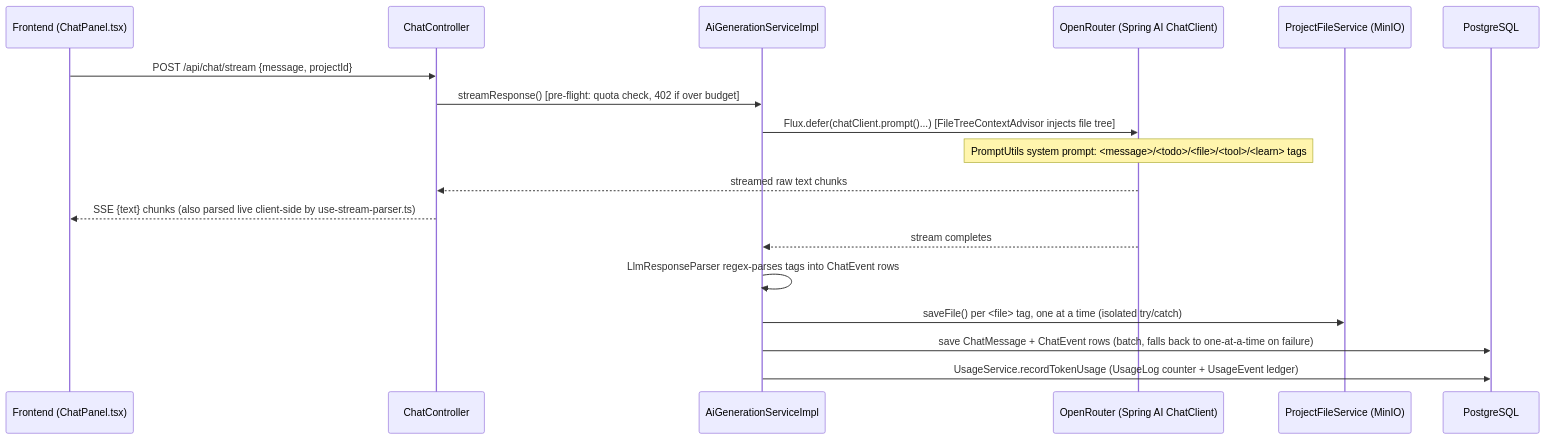
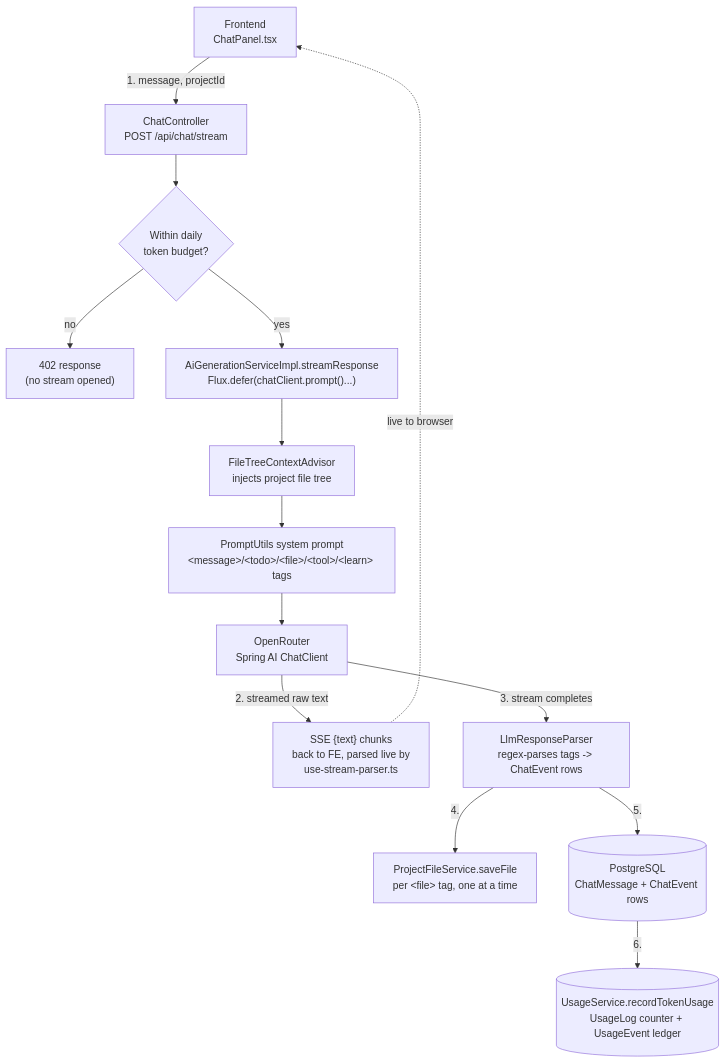
The first of 2 diagrams in docs/architecture/request-flows.md (Divyanshu2805/vibecraft), drawn with Mermaid before and after one commit. The commit also changed other lines of this file and 2 other files, not shown here.

First line of the commit message:
docs: replace ASCII-art and sequence diagrams with Mermaid flowcharts

````diff
--- a/docs/architecture/request-flows.md
+++ b/docs/architecture/request-flows.md
@@ -17,21 +17,28 @@
 ```mermaid
-sequenceDiagram
-    participant FE as Frontend (ChatPanel.tsx)
-    participant CC as ChatController
-    participant AG as AiGenerationServiceImpl
-    participant AI as OpenRouter (Spring AI ChatClient)
-    participant P as ProjectFileService (MinIO)
-    participant DB as PostgreSQL
+flowchart TD
+    FE["Frontend<br/>ChatPanel.tsx"]
+    CC["ChatController<br/>POST /api/chat/stream"]
+    Quota{"Within daily<br/>token budget?"}
+    Quota402["402 response<br/>(no stream opened)"]
+    AG["AiGenerationServiceImpl.streamResponse<br/>Flux.defer(chatClient.prompt()...)"]
+    Advisor["FileTreeContextAdvisor<br/>injects project file tree"]
+    Prompt["PromptUtils system prompt<br/>&lt;message&gt;/&lt;todo&gt;/&lt;file&gt;/&lt;tool&gt;/&lt;learn&gt; tags"]
+    AI["OpenRouter<br/>Spring AI ChatClient"]
+    StreamOut["SSE {text} chunks<br/>back to FE, parsed live by<br/>use-stream-parser.ts"]
+    Parser["LlmResponseParser<br/>regex-parses tags -> ChatEvent rows"]
+    SaveFiles["ProjectFileService.saveFile<br/>per &lt;file&gt; tag, one at a time"]
+    SaveDB[("PostgreSQL<br/>ChatMessage + ChatEvent rows")]
+    Usage[("UsageService.recordTokenUsage<br/>UsageLog counter + UsageEvent ledger")]
 
-    FE->>CC: POST /api/chat/stream {message, projectId}
-    CC->>AG: streamResponse() [pre-flight: quota check, 402 if over budget]
-    AG->>AI: Flux.defer(chatClient.prompt()...) [FileTreeContextAdvisor injects file tree]
-    Note over AI: PromptUtils system prompt: <message>/<todo>/<file>/<tool>/<learn> tags
-    AI-->>CC: streamed raw text chunks
-    CC-->>FE: SSE {text} chunks (also parsed live client-side by use-stream-parser.ts)
-    AI-->>AG: stream completes
-    AG->>AG: LlmResponseParser regex-parses tags into ChatEvent rows
-    AG->>P: saveFile() per <file> tag, one at a time (isolated try/catch)
-    AG->>DB: save ChatMessage + ChatEvent rows (batch, falls back to one-at-a-time on failure)
-    AG->>DB: UsageService.recordTokenUsage (UsageLog counter + UsageEvent ledger)
+    FE -->|"1. message, projectId"| CC
+    CC --> Quota
+    Quota -- no --> Quota402
+    Quota -- yes --> AG
+    AG --> Advisor --> Prompt --> AI
+    AI -->|"2. streamed raw text"| StreamOut
+    StreamOut -.->|"live to browser"| FE
+    AI -->|"3. stream completes"| Parser
+    Parser -->|"4."| SaveFiles
+    Parser -->|"5."| SaveDB
+    SaveDB -->|"6."| Usage
 ```
````
